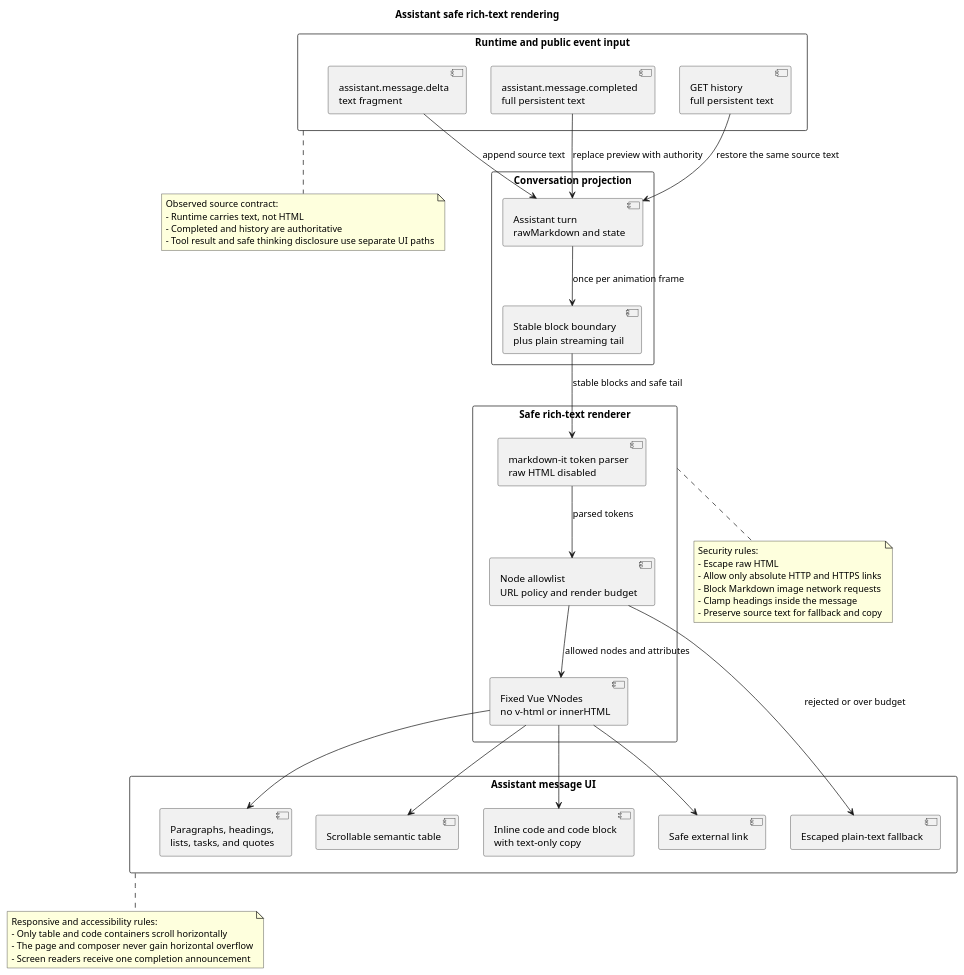
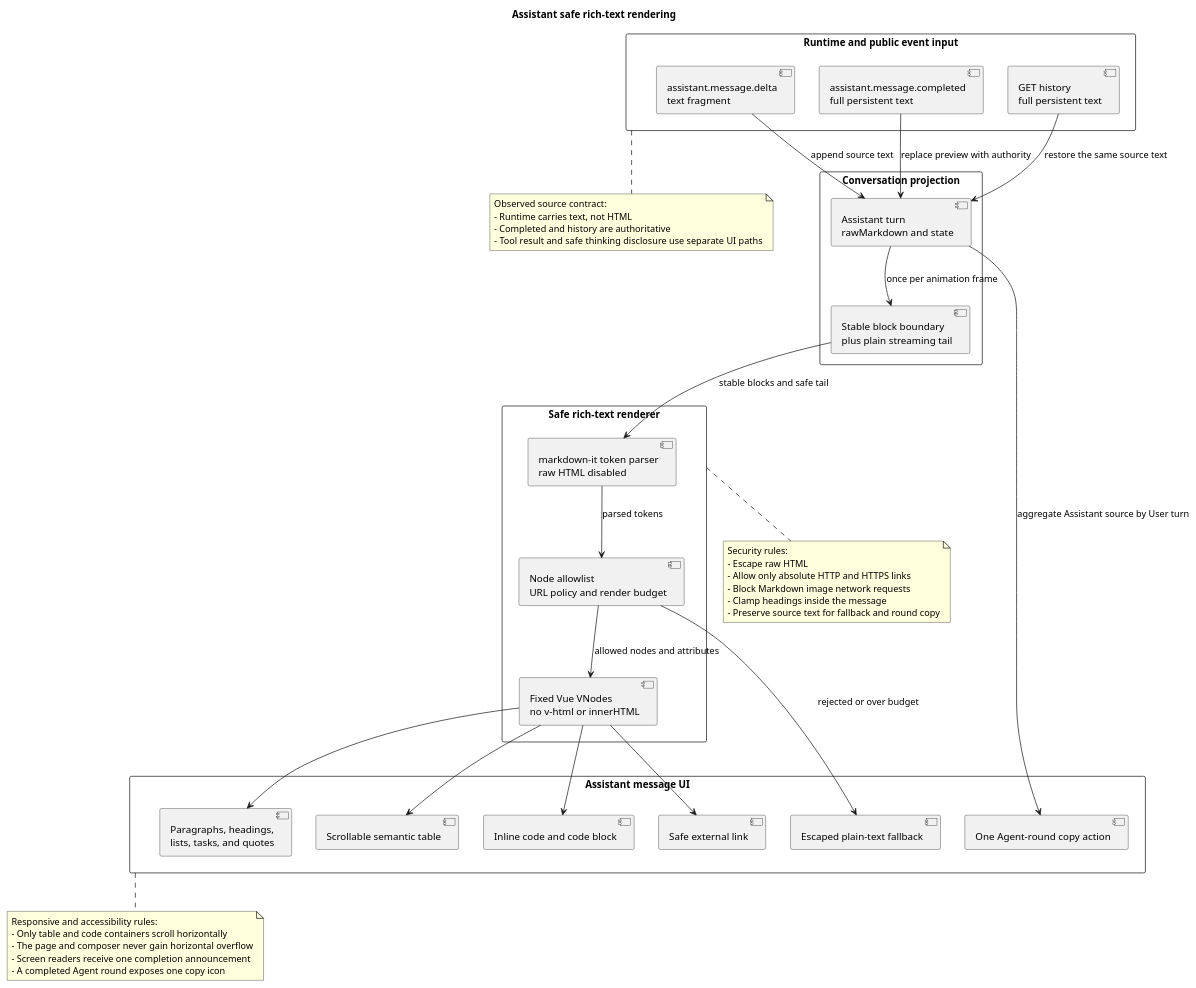
Before and after one commit to 2862282695gjh-afk/pi-mono-java: the second of 3 diagrams in docs/designs/campusclaw-frontend/diagram.puml, drawn with PlantUML. The commit also changed other lines of this file and 23 other files, not shown here.

```diff
--- a/docs/designs/campusclaw-frontend/diagram.puml
+++ b/docs/designs/campusclaw-frontend/diagram.puml
@@ -70,76 +70,81 @@
 @startuml assistant_rich_text_rendering
-' Analyzed source baseline: origin/main 56be8eee59415a5f86658d6635a7b7e8891263d3.
+' Analyzed source baseline: origin/main ce8ad1efa49c8023350b68de2e1d6f347576aa25.
 ' Baseline evidence: frontend/src/components/ConversationTimeline.vue lines 37-49 used plain text interpolation.
 ' Baseline evidence: frontend/src/projectors/runtimeEventProjector.ts projectAssistantEvent preserved delta and completed text.
 ' Implemented source: frontend/src/markdown/richText.ts (parseAssistantMarkdown, safeExternalLink, splitStableMarkdown).
 ' Implemented source: frontend/src/components/AssistantRichText.ts (AssistantRichText, renderNode, renderCodeBlock).
-' Implemented source: frontend/src/components/ConversationTimeline.vue and frontend/src/style.css assistant-rich-text rules.
+' Implemented source: frontend/src/projectors/conversationRounds.ts (groupConversationTurns) and frontend/src/components/AgentRound.vue.
+' Implemented source: frontend/src/components/ConversationTimeline.vue and frontend/src/style.css assistant-rich-text and round-action rules.
 ' Observed behavior: Runtime transports text rather than HTML, and completed events plus history are authoritative.
 ' Architecture change: the Assistant turn now keeps rawMarkdown and all preview, completion, and history paths use one renderer.
 ' Security hardening: raw HTML, remote Markdown images, relative routes, credential-bearing URLs, and dangerous schemes never become active DOM.
-' Design reason: a controlled token-to-Vue projection makes model tables, lists, and code readable without trusting generated HTML.
+' Architecture change: copy actions are owned by an Agent round rather than an Assistant Entry or code block.
+' Design reason: a controlled token-to-Vue projection makes model tables, lists, and code readable without trusting generated HTML, while one round action avoids repeated controls.
 
 title Assistant safe rich-text rendering
 top to bottom direction
 
 rectangle "Runtime and public event input" as Input {
   component "assistant.message.delta\ntext fragment" as Delta
   component "assistant.message.completed\nfull persistent text" as Completed
   component "GET history\nfull persistent text" as History
 }
 
 rectangle "Conversation projection" as Projection {
   component "Assistant turn\nrawMarkdown and state" as Raw
   component "Stable block boundary\nplus plain streaming tail" as Stable
 }
 
 rectangle "Safe rich-text renderer" as Renderer {
   component "markdown-it token parser\nraw HTML disabled" as Parser
   component "Node allowlist\nURL policy and render budget" as Policy
   component "Fixed Vue VNodes\nno v-html or innerHTML" as Vue
 }
 
 rectangle "Assistant message UI" as UI {
   component "Paragraphs, headings,\nlists, tasks, and quotes" as Prose
   component "Scrollable semantic table" as Table
-  component "Inline code and code block\nwith text-only copy" as Code
+  component "Inline code and code block" as Code
   component "Safe external link" as Link
   component "Escaped plain-text fallback" as Fallback
+  component "One Agent-round copy action" as RoundCopy
 }
 
 Delta --> Raw : append source text
 Completed --> Raw : replace preview with authority
 History --> Raw : restore the same source text
 Raw --> Stable : once per animation frame
 Stable --> Parser : stable blocks and safe tail
 Parser --> Policy : parsed tokens
 Policy --> Vue : allowed nodes and attributes
 Policy --> Fallback : rejected or over budget
 Vue --> Prose
 Vue --> Table
 Vue --> Code
 Vue --> Link
+Raw --> RoundCopy : aggregate Assistant source by User turn
 
 note bottom of Input
 Observed source contract:
 - Runtime carries text, not HTML
 - Completed and history are authoritative
 - Tool result and safe thinking disclosure use separate UI paths
 end note
 
 note bottom of Renderer
 Security rules:
 - Escape raw HTML
 - Allow only absolute HTTP and HTTPS links
 - Block Markdown image network requests
 - Clamp headings inside the message
-- Preserve source text for fallback and copy
+- Preserve source text for fallback and round copy
 end note
 
 note bottom of UI
 Responsive and accessibility rules:
 - Only table and code containers scroll horizontally
 - The page and composer never gain horizontal overflow
 - Screen readers receive one completion announcement
+- A completed Agent round exposes one copy icon
 end note
 @enduml
```
